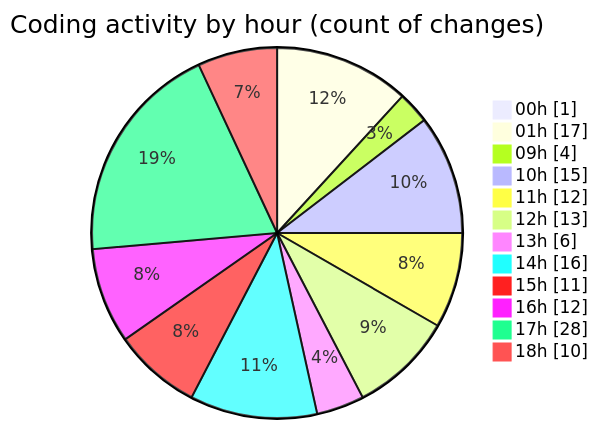
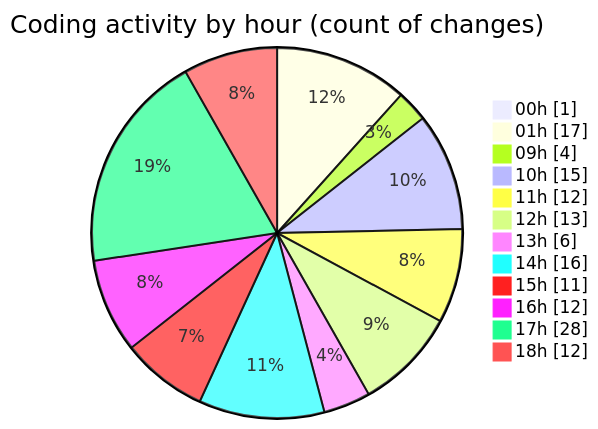
The second of 2 diagrams in 2025-11-01/cdp_aleoudev_fr__workspace_/README.md (julien-gomy/code-tracking), drawn with Mermaid before and after one commit. The commit also changed other lines of this file and 1 other file, not shown here.

````diff
--- a/2025-11-01/cdp_aleoudev_fr__workspace_/README.md
+++ b/2025-11-01/cdp_aleoudev_fr__workspace_/README.md
@@ -49,16 +49,16 @@
 ```mermaid
 pie showData
 title Coding activity by hour (count of changes)
 "00h" : 1
 "01h" : 17
 "09h" : 4
 "10h" : 15
 "11h" : 12
 "12h" : 13
 "13h" : 6
 "14h" : 16
 "15h" : 11
 "16h" : 12
 "17h" : 28
-"18h" : 10
+"18h" : 12
 ```
````
